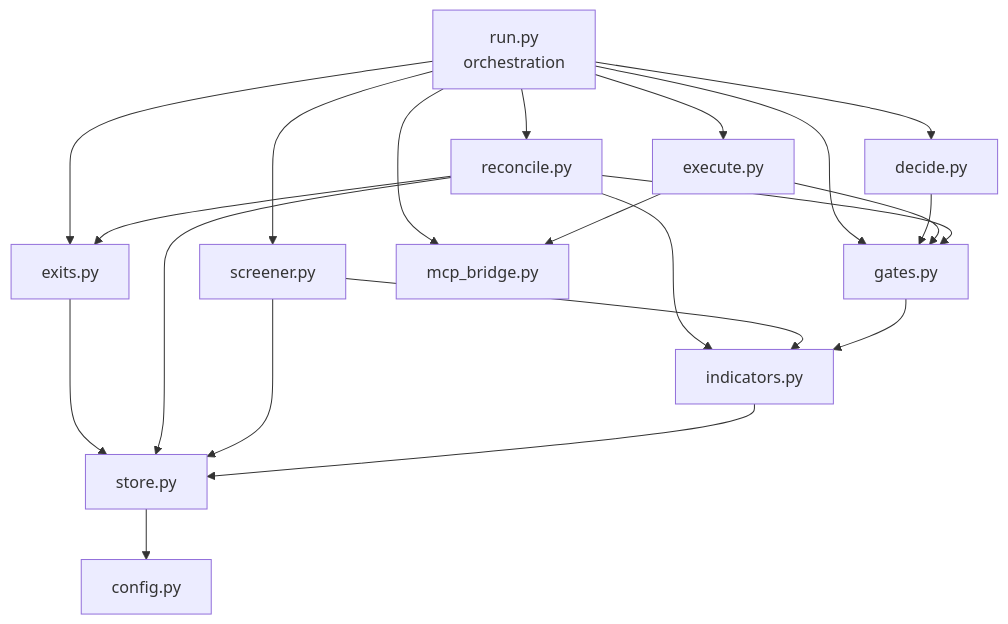
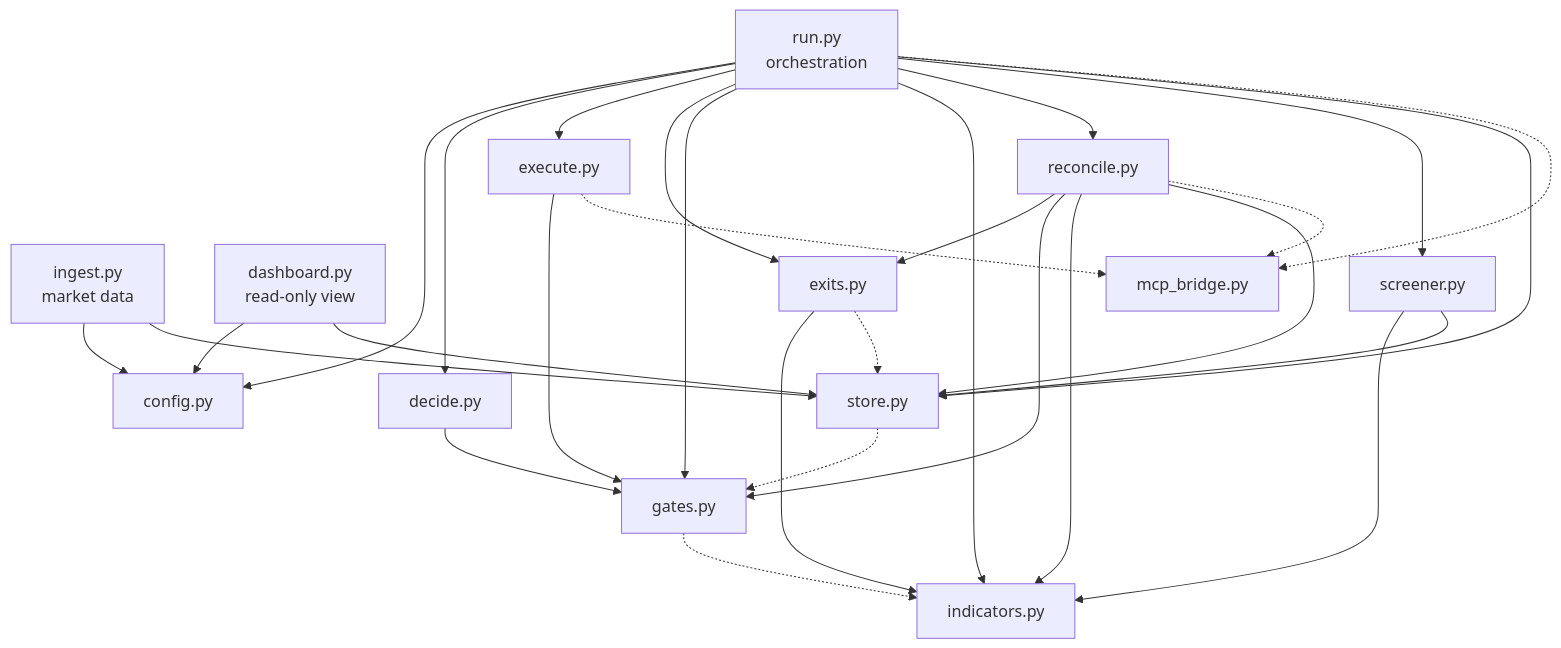
One commit to himanshu2394i/Alpaca changed the third of 4 diagrams in README.md. Above: the diagram before and after it, drawn with Mermaid. The commit also changed other lines of this file and 1 other file, not shown here.

First line of the commit message:
docs: redraw the README diagrams from the code and test them against it

````diff
--- a/README.md
+++ b/README.md
@@ -206,24 +211,31 @@
 ```mermaid
 flowchart TD
     RUN[run.py<br/>orchestration]
+    INGEST[ingest.py<br/>market data]
+    DASH[dashboard.py<br/>read-only view]
     DECIDE[decide.py]
     EXECUTE[execute.py]
     EXITS[exits.py]
     RECON[reconcile.py]
     SCREEN[screener.py]
     GATES[gates.py]
     BRIDGE[mcp_bridge.py]
     IND[indicators.py]
     STORE[store.py]
     CFG[config.py]
 
-    RUN --> DECIDE & EXECUTE & EXITS & RECON & SCREEN & GATES & BRIDGE
+    RUN --> CFG & DECIDE & EXECUTE & EXITS & GATES & IND & RECON & SCREEN & STORE
+    RUN -.-> BRIDGE
+    INGEST --> CFG & STORE
+    DASH --> CFG & STORE
     DECIDE --> GATES
-    EXECUTE --> GATES & BRIDGE
-    EXITS --> STORE
-    RECON --> GATES & EXITS & IND & STORE
+    EXECUTE --> GATES
+    EXECUTE -.-> BRIDGE
+    EXITS --> IND
+    EXITS -.-> STORE
+    RECON --> EXITS & GATES & IND & STORE
+    RECON -.-> BRIDGE
     SCREEN --> IND & STORE
-    GATES --> IND
-    IND --> STORE
-    STORE --> CFG
+    GATES -.-> IND
+    STORE -.-> GATES
 ```
````
